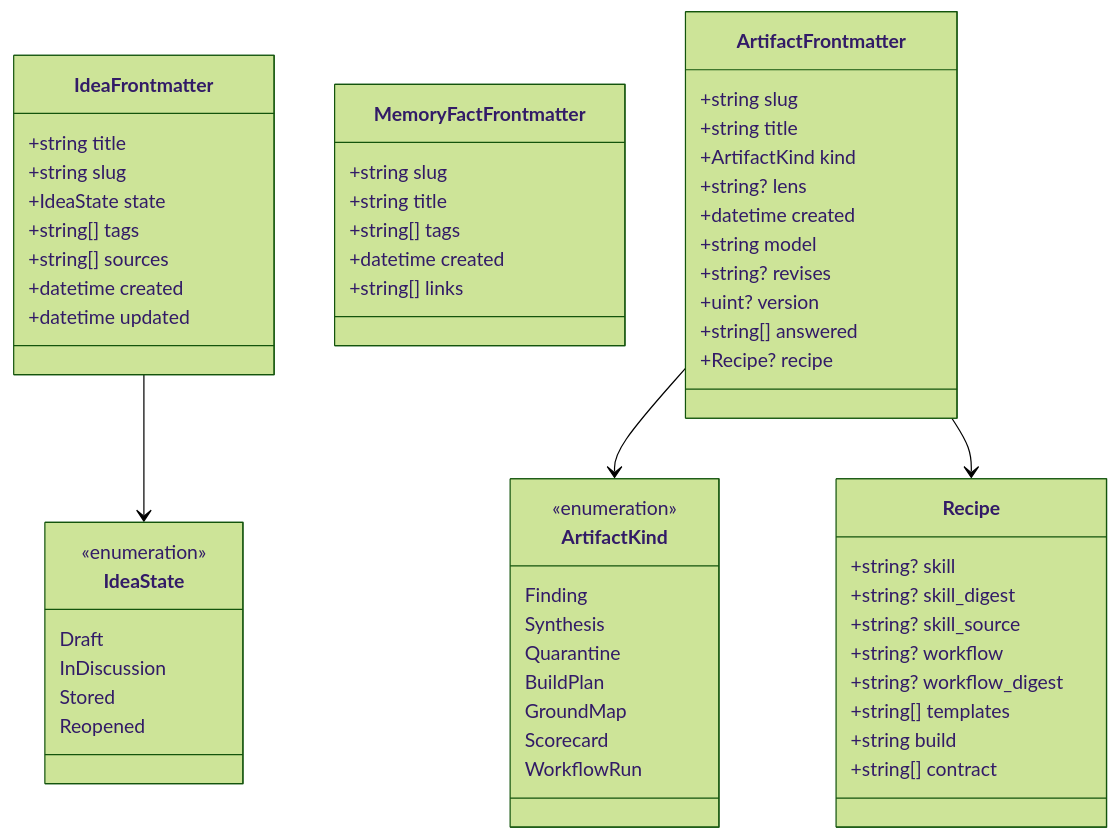
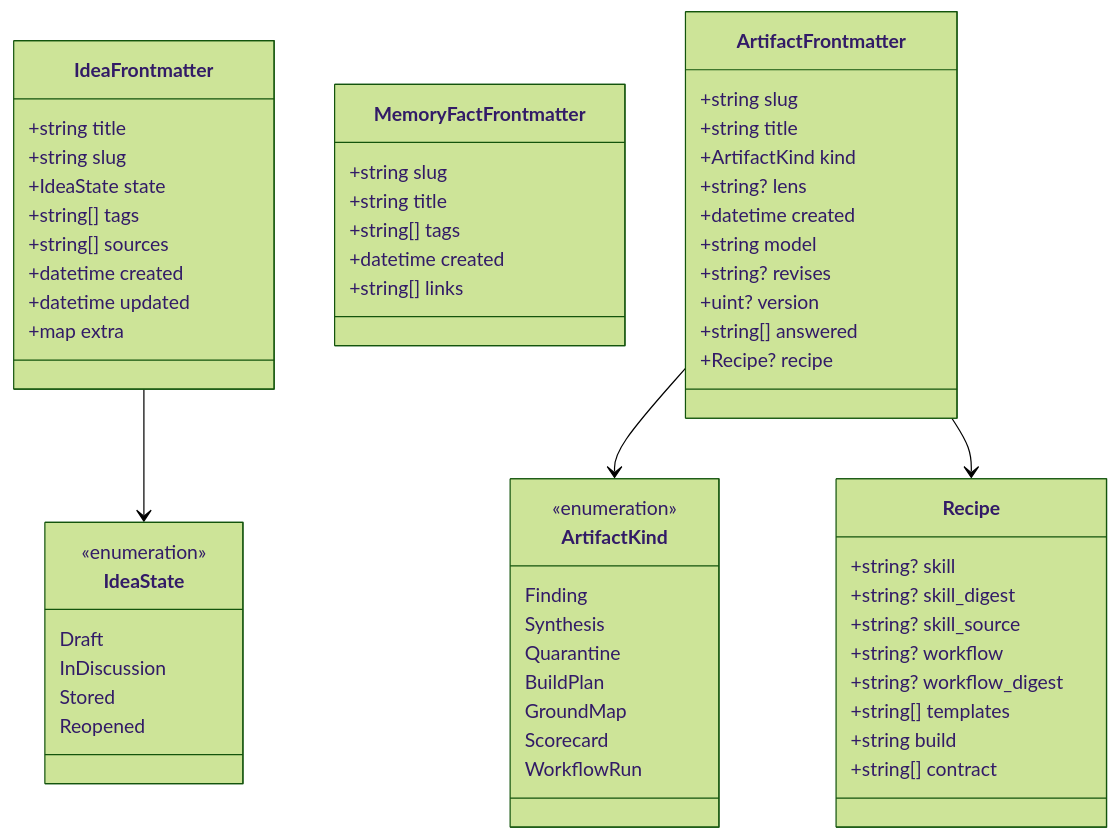
One commit to jasdian/idea-vault changed the second of 5 diagrams in docs/03-data-model.md. Above: the diagram before and after it, drawn with Mermaid (forest theme). The commit also changed other lines of this file and 5 other files, not shown here.

````diff
--- a/docs/03-data-model.md
+++ b/docs/03-data-model.md
@@ -210,61 +219,62 @@
 ```mermaid
 classDiagram
     class IdeaFrontmatter {
         +string title
         +string slug
         +IdeaState state
         +string[] tags
         +string[] sources
         +datetime created
         +datetime updated
+        +map extra
     }
     class IdeaState {
         <<enumeration>>
         Draft
         InDiscussion
         Stored
         Reopened
     }
     class MemoryFactFrontmatter {
         +string slug
         +string title
         +string[] tags
         +datetime created
         +string[] links
     }
     class ArtifactFrontmatter {
         +string slug
         +string title
         +ArtifactKind kind
         +string? lens
         +datetime created
         +string model
         +string? revises
         +uint? version
         +string[] answered
         +Recipe? recipe
     }
     class Recipe {
         +string? skill
         +string? skill_digest
         +string? skill_source
         +string? workflow
         +string? workflow_digest
         +string[] templates
         +string build
         +string[] contract
     }
     class ArtifactKind {
         <<enumeration>>
         Finding
         Synthesis
         Quarantine
         BuildPlan
         GroundMap
         Scorecard
         WorkflowRun
     }
     IdeaFrontmatter --> IdeaState
     ArtifactFrontmatter --> ArtifactKind
     ArtifactFrontmatter --> Recipe
 ```
````
